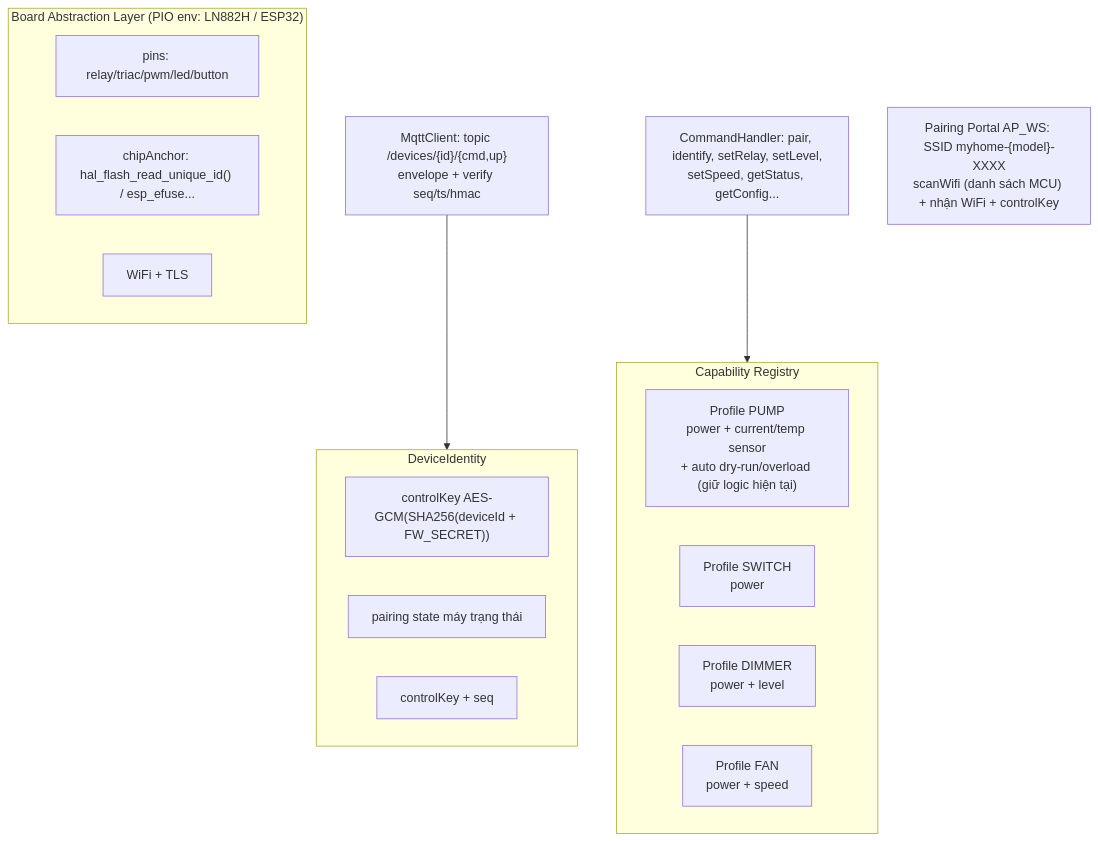
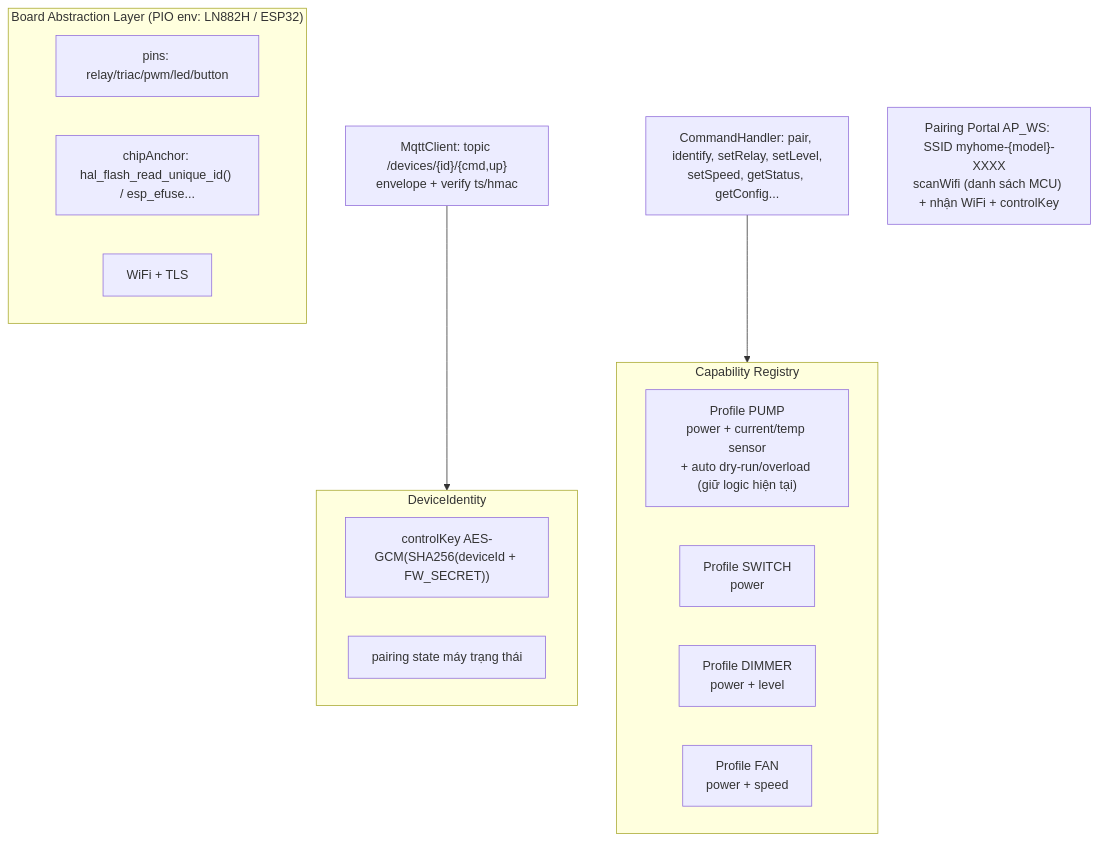
Before and after one commit to nndai/smart-home-platform: the seventh of 7 diagrams in docs/ECOSYSTEM_PLAN.md, drawn with Mermaid. The commit also changed other lines of this file and 12 other files, not shown here.

Commit message:
feat: remove sequence number handling from MQTT envelope and update HMAC signing to use timestamp only

````diff
--- a/docs/ECOSYSTEM_PLAN.md
+++ b/docs/ECOSYSTEM_PLAN.md
@@ -230,22 +229,21 @@
 ```mermaid
 graph TD
     subgraph Board["Board Abstraction Layer (PIO env: LN882H / ESP32)"]
         PINS["pins: relay/triac/pwm/led/button"]
         UID["chipAnchor: hal_flash_read_unique_id() / esp_efuse..."]
         NET["WiFi + TLS"]
     end
     subgraph Identity["DeviceIdentity"]
         SECRET["controlKey AES-GCM(SHA256(deviceId + FW_SECRET))"]
         STATE["pairing state máy trạng thái"]
-        CONTROL["controlKey + seq"]
     end
     subgraph Capability["Capability Registry"]
         PUMP["Profile PUMP<br/>power + current/temp sensor<br/>+ auto dry-run/overload (giữ logic hiện tại)"]
         SWITCH["Profile SWITCH<br/>power"]
         DIMMER["Profile DIMMER<br/>power + level"]
         FAN["Profile FAN<br/>power + speed"]
     end
-    MQTT["MqttClient: topic /devices/{id}/{cmd,up}<br/>envelope + verify seq/ts/hmac"] --> Identity
+    MQTT["MqttClient: topic /devices/{id}/{cmd,up}<br/>envelope + verify ts/hmac"] --> Identity
     CMD["CommandHandler: pair, identify, setRelay, setLevel,<br/>setSpeed, getStatus, getConfig..."] --> Capability
     PAIR["Pairing Portal AP_WS: SSID myhome-{model}-XXXX<br/>scanWifi (danh sách MCU) + nhận WiFi + controlKey"]
 ```
````
